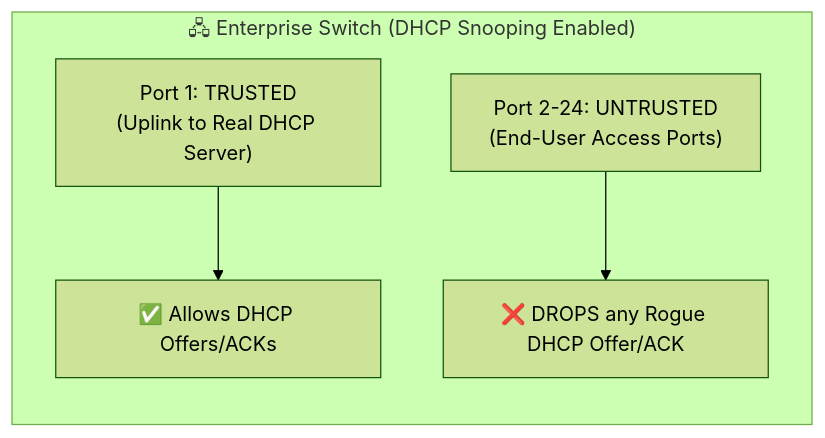
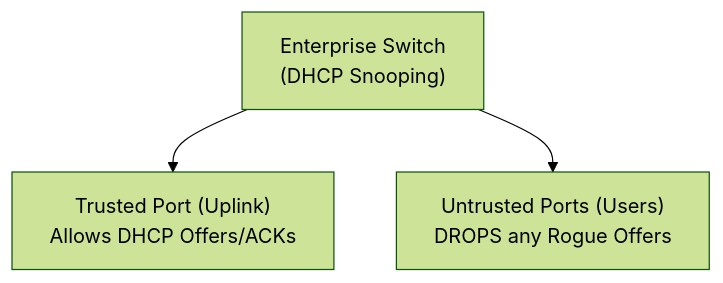
The fourth of 4 diagrams in topics/10-dhcp-starvation-and-rogue-gateway-attacks/README.md (DaddyZyn/Cyber-security-notes), drawn with Mermaid (forest theme) before and after one commit. The commit also changed other lines of this file and 19 other files, not shown here.

Commit message:
fix: overhaul all Mermaid diagrams with clean vertical layouts and short line-wrapping to prevent GitHub clipping

````diff
--- a/topics/10-dhcp-starvation-and-rogue-gateway-attacks/README.md
+++ b/topics/10-dhcp-starvation-and-rogue-gateway-attacks/README.md
@@ -139,7 +132,6 @@
 ```mermaid
-flowchart LR
-    subgraph Managed_Switch["🖧 Enterprise Switch (DHCP Snooping Enabled)"]
-        Trust["Port 1: TRUSTED<br>(Uplink to Real DHCP Server)"] --> Pass["✅ Allows DHCP Offers/ACKs"]
-        Untrust["Port 2-24: UNTRUSTED<br>(End-User Access Ports)"] --> Block["❌ DROPS any Rogue DHCP Offer/ACK"]
-    end
+flowchart TD
+    Switch["Enterprise Switch<br/>(DHCP Snooping)"]
+    Switch --> P1["Trusted Port (Uplink)<br/>Allows DHCP Offers/ACKs"]
+    Switch --> P2["Untrusted Ports (Users)<br/>DROPS any Rogue Offers"]
 ```
````
